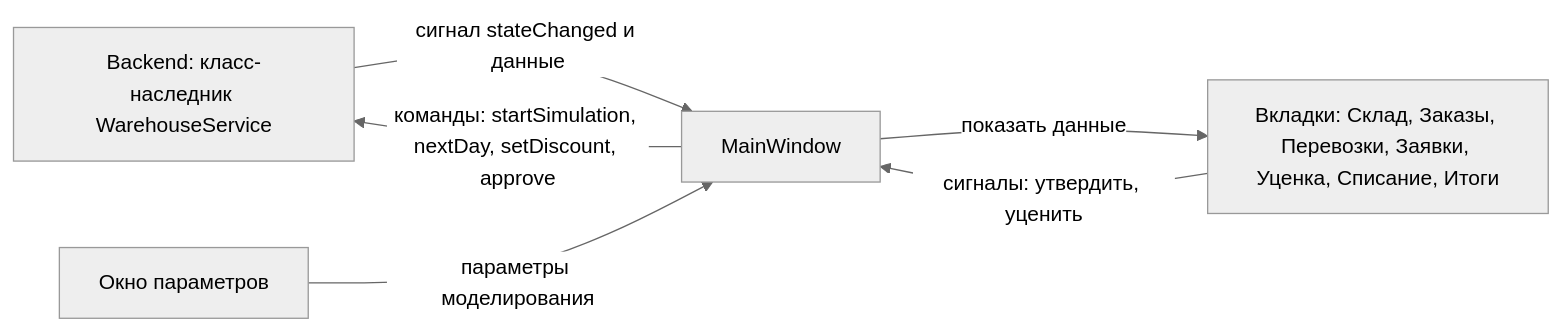
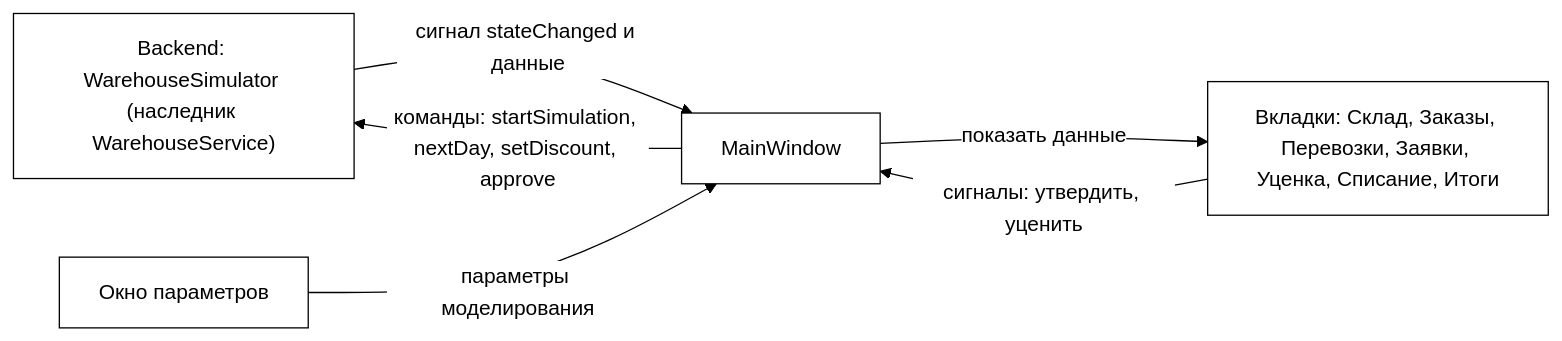
One commit to TIRRADA/SWAGprak changed the first of 2 diagrams in README.md. Above: the diagram before and after it, drawn with Mermaid (neutral theme). The commit also changed other lines of this file, not shown here.

````diff
--- a/README.md
+++ b/README.md
@@ -541,13 +541,17 @@
 ```mermaid
 flowchart LR
-    B["Backend: класс-наследник WarehouseService"]
+    B["Backend: WarehouseSimulator (наследник WarehouseService)"]
     M["MainWindow"]
     T["Вкладки: Склад, Заказы, Перевозки, Заявки, Уценка, Списание, Итоги"]
     D["Окно параметров"]
 
     B -- "сигнал stateChanged и данные" --> M
     M -- "команды: startSimulation, nextDay, setDiscount, approve" --> B
     M -- "показать данные" --> T
     T -- "сигналы: утвердить, уценить" --> M
     D -- "параметры моделирования" --> M
+
+    classDef bw fill:#ffffff,stroke:#000000,color:#000000,stroke-width:1px;
+    class B,M,T,D bw;
+    linkStyle default stroke:#000000,stroke-width:1px;
 ```
````
